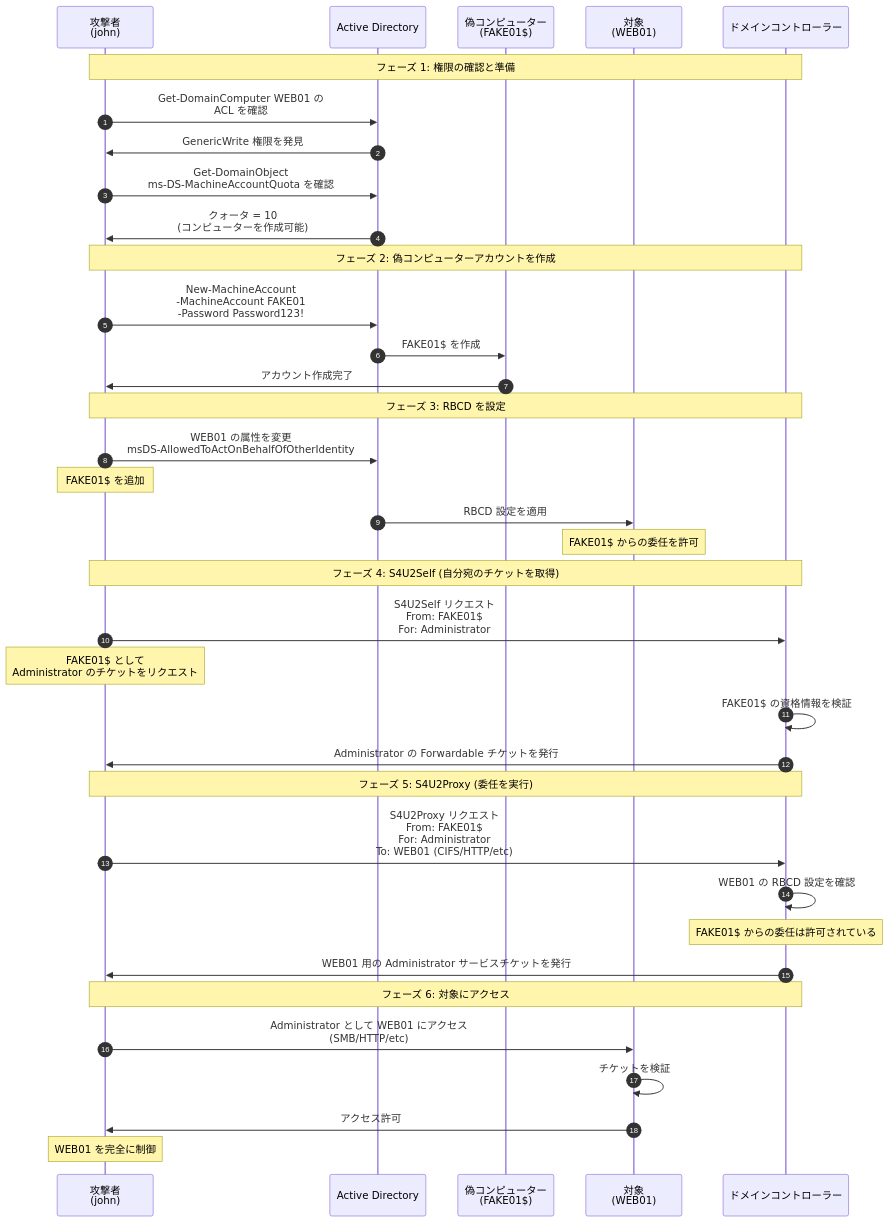
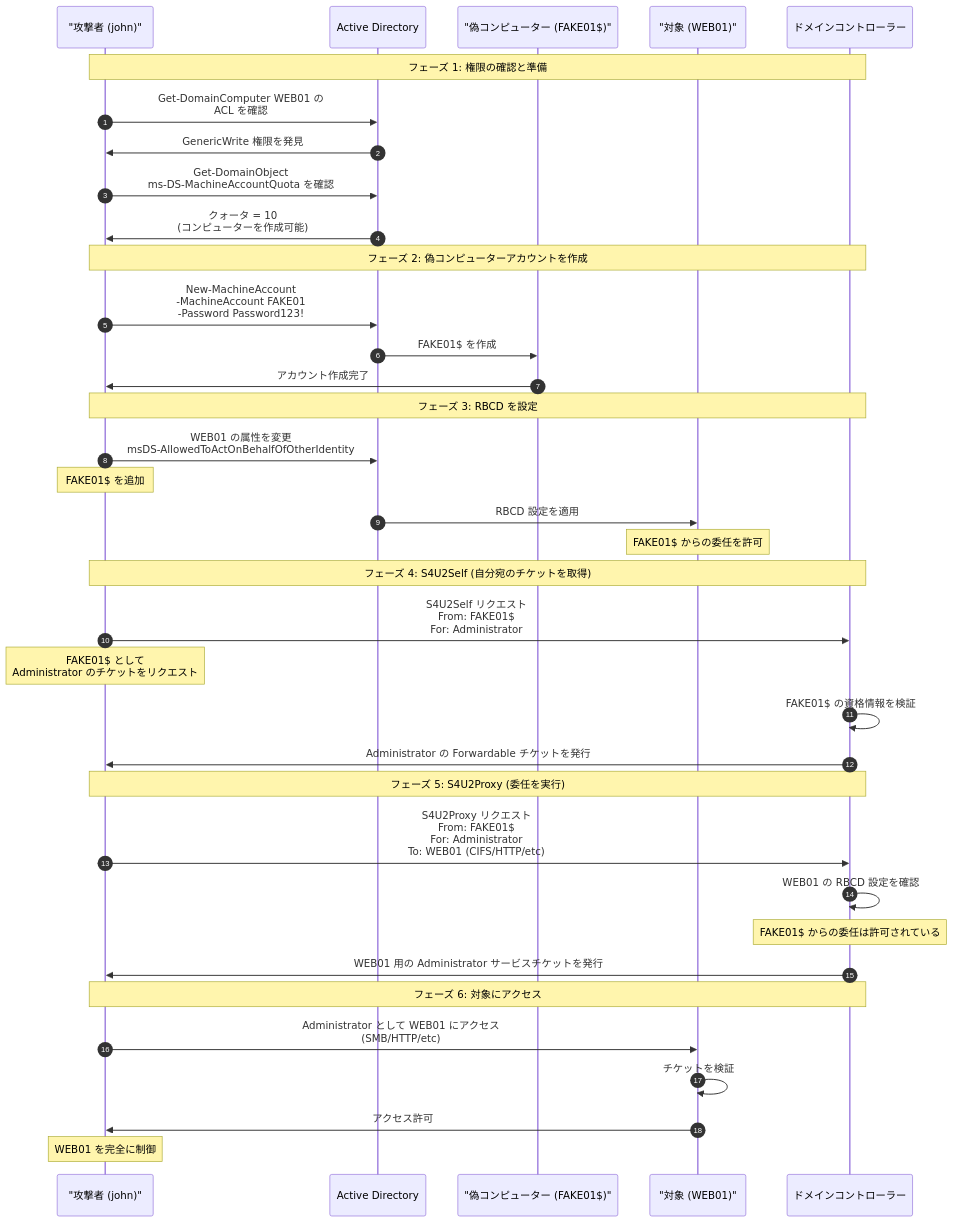
The third of 6 diagrams in _posts/2026-03-03-tech-rbcd-attack-guide-ja.md (morimori-dev/morimori-dev.github.io), drawn with Mermaid before and after one commit. The commit also changed other lines of this file and 7 other files, not shown here.

First line of the commit message:
Fix Mermaid syntax errors in 8 posts

````diff
--- a/_posts/2026-03-03-tech-rbcd-attack-guide-ja.md
+++ b/_posts/2026-03-03-tech-rbcd-attack-guide-ja.md
@@ -135,56 +135,56 @@
 ```mermaid
 sequenceDiagram
     autonumber
-    participant A as 攻撃者<br/>(john)
+    participant A as "攻撃者 (john)"
     participant AD as Active Directory
-    participant Fake as 偽コンピューター<br/>(FAKE01$)
-    participant Target as 対象<br/>(WEB01)
+    participant Fake as "偽コンピューター (FAKE01$)"
+    participant Target as "対象 (WEB01)"
     participant DC as ドメインコントローラー
 
     Note over A,DC: フェーズ 1: 権限の確認と準備
 
     A->>AD: Get-DomainComputer WEB01 の<br/>ACL を確認
     AD->>A: GenericWrite 権限を発見
 
     A->>AD: Get-DomainObject<br/>ms-DS-MachineAccountQuota を確認
     AD->>A: クォータ = 10<br/>(コンピューターを作成可能)
 
     Note over A,DC: フェーズ 2: 偽コンピューターアカウントを作成
 
     A->>AD: New-MachineAccount<br/>-MachineAccount FAKE01<br/>-Password Password123!
     AD->>Fake: FAKE01$ を作成
     Fake->>A: アカウント作成完了
 
     Note over A,DC: フェーズ 3: RBCD を設定
 
     A->>AD: WEB01 の属性を変更<br/>msDS-AllowedToActOnBehalfOfOtherIdentity
     Note over A: FAKE01$ を追加
 
     AD->>Target: RBCD 設定を適用
     Note over Target: FAKE01$ からの委任を許可
 
     Note over A,DC: フェーズ 4: S4U2Self (自分宛のチケットを取得)
 
     A->>DC: S4U2Self リクエスト<br/>From: FAKE01$<br/>For: Administrator
     Note over A: FAKE01$ として<br/>Administrator のチケットをリクエスト
 
     DC->>DC: FAKE01$ の資格情報を検証
     DC->>A: Administrator の Forwardable チケットを発行
 
     Note over A,DC: フェーズ 5: S4U2Proxy (委任を実行)
 
     A->>DC: S4U2Proxy リクエスト<br/>From: FAKE01$<br/>For: Administrator<br/>To: WEB01 (CIFS/HTTP/etc)
 
     DC->>DC: WEB01 の RBCD 設定を確認
     Note over DC: FAKE01$ からの委任は許可されている
 
     DC->>A: WEB01 用の Administrator サービスチケットを発行
 
     Note over A,DC: フェーズ 6: 対象にアクセス
 
     A->>Target: Administrator として WEB01 にアクセス<br/>(SMB/HTTP/etc)
     Target->>Target: チケットを検証
     Target->>A: アクセス許可
 
     Note over A: WEB01 を完全に制御
 ```
````
